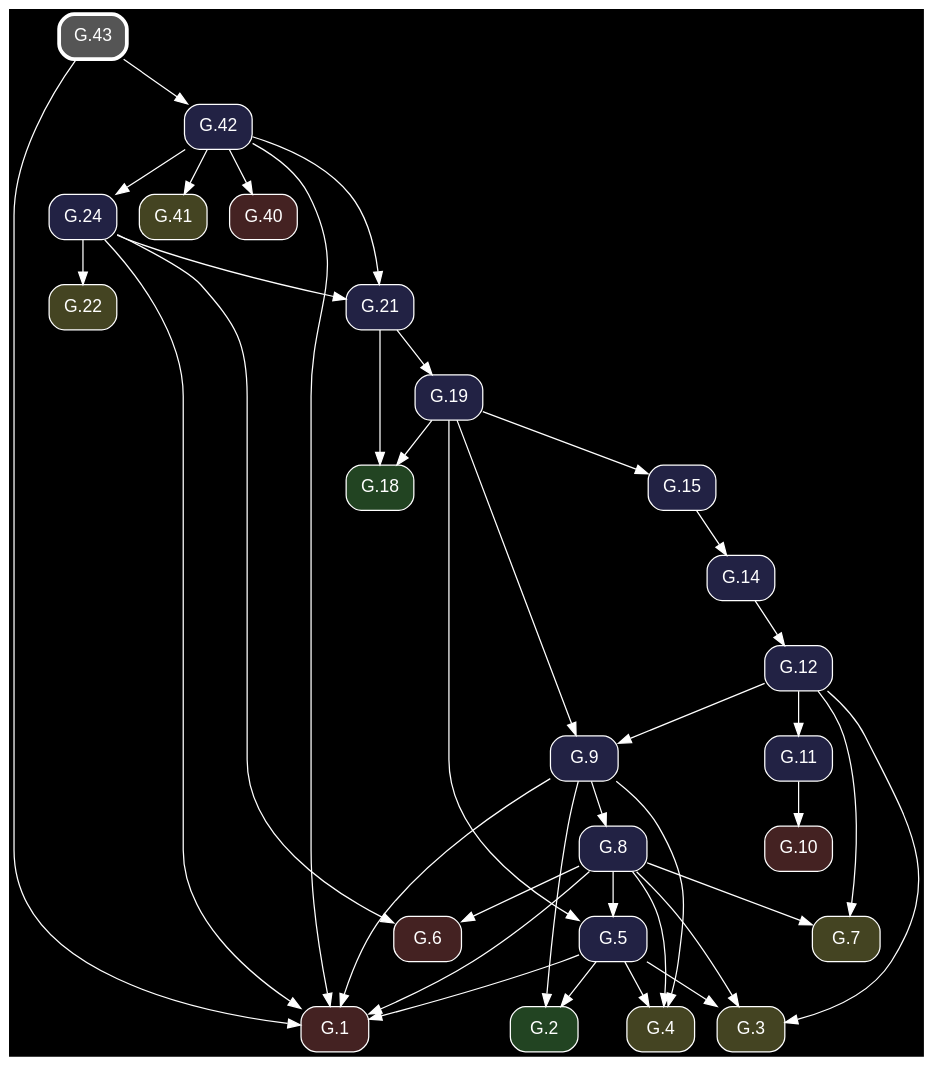
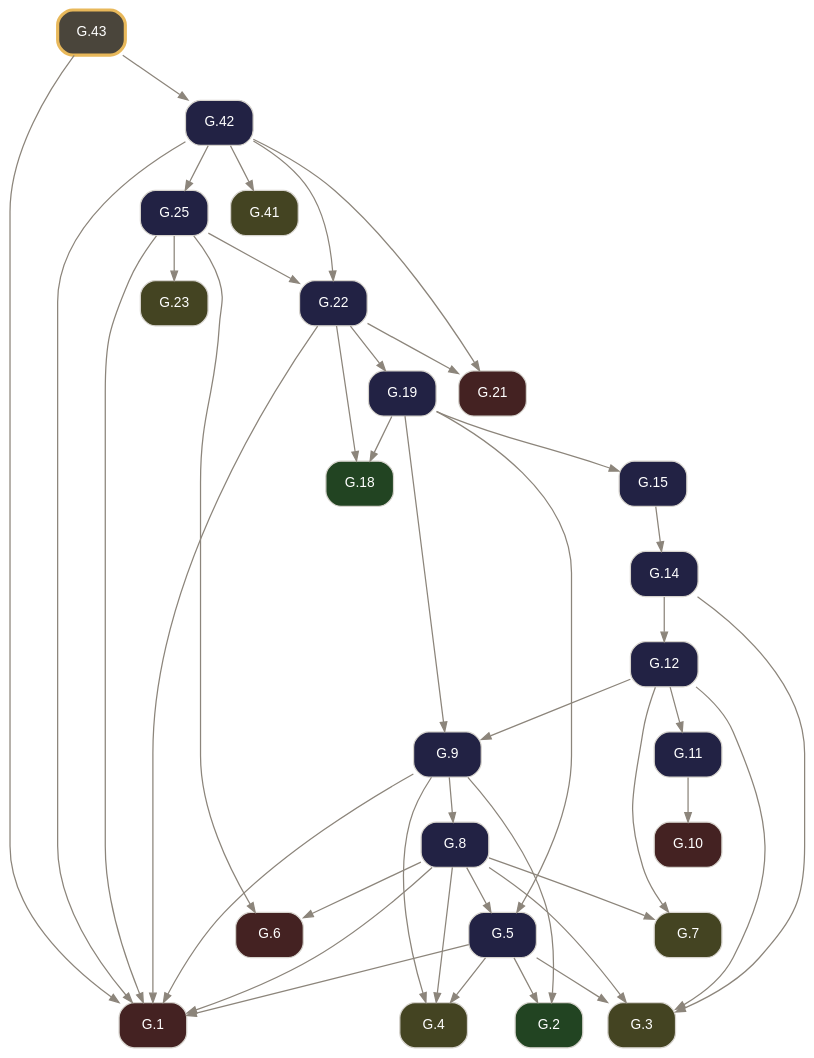
Before and after one commit to geometor/elements: the diagram in docsrc/elements2/G.43/index.rst, drawn with Graphviz. The commit also changed other lines of this file and 261 other files, not shown here.

Commit message:
feat: rebuild Elements 2.0 G-Index pipeline from composed Euclid Heath edition (v0.3.0)

```diff
--- a/docsrc/elements2/G.43/index.rst
+++ b/docsrc/elements2/G.43/index.rst
@@ -53,69 +71,72 @@
 .. graphviz::
 
    digraph {
-     bgcolor="black";
-     node [shape=box, style="rounded,filled", fontname="Helvetica", color="white", fontcolor="white"];
-     edge [color="white", fontcolor="white"];
+     bgcolor="transparent";
+     node [shape=box, style="rounded,filled", fontname="Helvetica", fontsize=11, color="#d6d3cd", fontcolor="#ffffff"];
+     edge [color="#8c857b", fontcolor="#8c857b", arrowsize=0.75];
      rankdir="TB";
-     "G.6" [label="G.6", fillcolor="#442222", URL="/elements2/G.6/", target="_top"];
-     "G.19" [label="G.19", fillcolor="#222244", URL="/elements2/G.19/", target="_top"];
-     "G.21" [label="G.21", fillcolor="#222244", URL="/elements2/G.21/", target="_top"];
-     "G.24" [label="G.24", fillcolor="#222244", URL="/elements2/G.24/", target="_top"];
-     "G.10" [label="G.10", fillcolor="#442222", URL="/elements2/G.10/", target="_top"];
-     "G.7" [label="G.7", fillcolor="#444422", URL="/elements2/G.7/", target="_top"];
-     "G.42" [label="G.42", fillcolor="#222244", URL="/elements2/G.42/", target="_top"];
-     "G.3" [label="G.3", fillcolor="#444422", URL="/elements2/G.3/", target="_top"];
-     "G.15" [label="G.15", fillcolor="#222244", URL="/elements2/G.15/", target="_top"];
-     "G.5" [label="G.5", fillcolor="#222244", URL="/elements2/G.5/", target="_top"];
-     "G.41" [label="G.41", fillcolor="#444422", URL="/elements2/G.41/", target="_top"];
-     "G.1" [label="G.1", fillcolor="#442222", URL="/elements2/G.1/", target="_top"];
-     "G.2" [label="G.2", fillcolor="#224422", URL="/elements2/G.2/", target="_top"];
-     "G.12" [label="G.12", fillcolor="#222244", URL="/elements2/G.12/", target="_top"];
-     "G.22" [label="G.22", fillcolor="#444422", URL="/elements2/G.22/", target="_top"];
-     "G.14" [label="G.14", fillcolor="#222244", URL="/elements2/G.14/", target="_top"];
-     "G.8" [label="G.8", fillcolor="#222244", URL="/elements2/G.8/", target="_top"];
-     "G.9" [label="G.9", fillcolor="#222244", URL="/elements2/G.9/", target="_top"];
-     "G.43" [label="G.43", penwidth=3, color="white", fillcolor="#555555", URL="/elements2/G.43/", target="_top"];
-     "G.18" [label="G.18", fillcolor="#224422", URL="/elements2/G.18/", target="_top"];
-     "G.11" [label="G.11", fillcolor="#222244", URL="/elements2/G.11/", target="_top"];
-     "G.40" [label="G.40", fillcolor="#442222", URL="/elements2/G.40/", target="_top"];
-     "G.4" [label="G.4", fillcolor="#444422", URL="/elements2/G.4/", target="_top"];
-     "G.24" -> "G.6";
-     "G.8" -> "G.6";
-     "G.21" -> "G.19";
-     "G.24" -> "G.21";
-     "G.42" -> "G.21";
-     "G.42" -> "G.24";
-     "G.11" -> "G.10";
-     "G.8" -> "G.7";
-     "G.12" -> "G.7";
-     "G.43" -> "G.42";
+     "G.1" [label="G.1", tooltip="G.1 (I.cn.1)", fillcolor="#442222", URL="../G.1/index.html", target="_top"];
+     "G.2" [label="G.2", tooltip="G.2 (I.def.15)", fillcolor="#224422", URL="../G.2/index.html", target="_top"];
+     "G.3" [label="G.3", tooltip="G.3 (I.post.1)", fillcolor="#444422", URL="../G.3/index.html", target="_top"];
+     "G.4" [label="G.4", tooltip="G.4 (I.post.3)", fillcolor="#444422", URL="../G.4/index.html", target="_top"];
+     "G.5" [label="G.5", tooltip="G.5 (I.1)", fillcolor="#222244", URL="../G.5/index.html", target="_top"];
+     "G.6" [label="G.6", tooltip="G.6 (I.cn.3)", fillcolor="#442222", URL="../G.6/index.html", target="_top"];
+     "G.7" [label="G.7", tooltip="G.7 (I.post.2)", fillcolor="#444422", URL="../G.7/index.html", target="_top"];
+     "G.8" [label="G.8", tooltip="G.8 (I.2)", fillcolor="#222244", URL="../G.8/index.html", target="_top"];
+     "G.9" [label="G.9", tooltip="G.9 (I.3)", fillcolor="#222244", URL="../G.9/index.html", target="_top"];
+     "G.10" [label="G.10", tooltip="G.10 (I.cn.4)", fillcolor="#442222", URL="../G.10/index.html", target="_top"];
+     "G.11" [label="G.11", tooltip="G.11 (I.4)", fillcolor="#222244", URL="../G.11/index.html", target="_top"];
+     "G.12" [label="G.12", tooltip="G.12 (I.5)", fillcolor="#222244", URL="../G.12/index.html", target="_top"];
+     "G.14" [label="G.14", tooltip="G.14 (I.7)", fillcolor="#222244", URL="../G.14/index.html", target="_top"];
+     "G.15" [label="G.15", tooltip="G.15 (I.8)", fillcolor="#222244", URL="../G.15/index.html", target="_top"];
+     "G.18" [label="G.18", tooltip="G.18 (I.def.10)", fillcolor="#224422", URL="../G.18/index.html", target="_top"];
+     "G.19" [label="G.19", tooltip="G.19 (I.11)", fillcolor="#222244", URL="../G.19/index.html", target="_top"];
+     "G.21" [label="G.21", tooltip="G.21 (I.cn.2)", fillcolor="#442222", URL="../G.21/index.html", target="_top"];
+     "G.22" [label="G.22", tooltip="G.22 (I.13)", fillcolor="#222244", URL="../G.22/index.html", target="_top"];
+     "G.23" [label="G.23", tooltip="G.23 (I.post.4)", fillcolor="#444422", URL="../G.23/index.html", target="_top"];
+     "G.25" [label="G.25", tooltip="G.25 (I.15)", fillcolor="#222244", URL="../G.25/index.html", target="_top"];
+     "G.41" [label="G.41", tooltip="G.41 (I.post.5)", fillcolor="#444422", URL="../G.41/index.html", target="_top"];
+     "G.42" [label="G.42", tooltip="G.42 (I.29)", fillcolor="#222244", URL="../G.42/index.html", target="_top"];
+     "G.43" [label="G.43", tooltip="G.43 (I.30)", penwidth=2.5, color="#e8b85a", fillcolor="#4a453b", URL="index.html", target="_top"];
+     "G.5" -> "G.1";
+     "G.8" -> "G.1";
+     "G.9" -> "G.1";
+     "G.22" -> "G.1";
+     "G.25" -> "G.1";
+     "G.42" -> "G.1";
+     "G.43" -> "G.1";
+     "G.5" -> "G.2";
+     "G.9" -> "G.2";
      "G.5" -> "G.3";
      "G.8" -> "G.3";
      "G.12" -> "G.3";
-     "G.19" -> "G.15";
-     "G.19" -> "G.5";
-     "G.8" -> "G.5";
-     "G.42" -> "G.41";
-     "G.5" -> "G.1";
-     "G.43" -> "G.1";
-     "G.24" -> "G.1";
-     "G.8" -> "G.1";
-     "G.42" -> "G.1";
-     "G.9" -> "G.1";
-     "G.5" -> "G.2";
-     "G.9" -> "G.2";
-     "G.14" -> "G.12";
-     "G.24" -> "G.22";
-     "G.15" -> "G.14";
-     "G.9" -> "G.8";
-     "G.19" -> "G.9";
-     "G.12" -> "G.9";
-     "G.19" -> "G.18";
-     "G.21" -> "G.18";
-     "G.12" -> "G.11";
-     "G.42" -> "G.40";
+     "G.14" -> "G.3";
      "G.5" -> "G.4";
      "G.8" -> "G.4";
      "G.9" -> "G.4";
+     "G.8" -> "G.5";
+     "G.19" -> "G.5";
+     "G.8" -> "G.6";
+     "G.25" -> "G.6";
+     "G.8" -> "G.7";
+     "G.12" -> "G.7";
+     "G.9" -> "G.8";
+     "G.12" -> "G.9";
+     "G.19" -> "G.9";
+     "G.11" -> "G.10";
+     "G.12" -> "G.11";
+     "G.14" -> "G.12";
+     "G.15" -> "G.14";
+     "G.19" -> "G.15";
+     "G.19" -> "G.18";
+     "G.22" -> "G.18";
+     "G.22" -> "G.19";
+     "G.22" -> "G.21";
+     "G.42" -> "G.21";
+     "G.25" -> "G.22";
+     "G.42" -> "G.22";
+     "G.25" -> "G.23";
+     "G.42" -> "G.25";
+     "G.42" -> "G.41";
+     "G.43" -> "G.42";
    }
```
